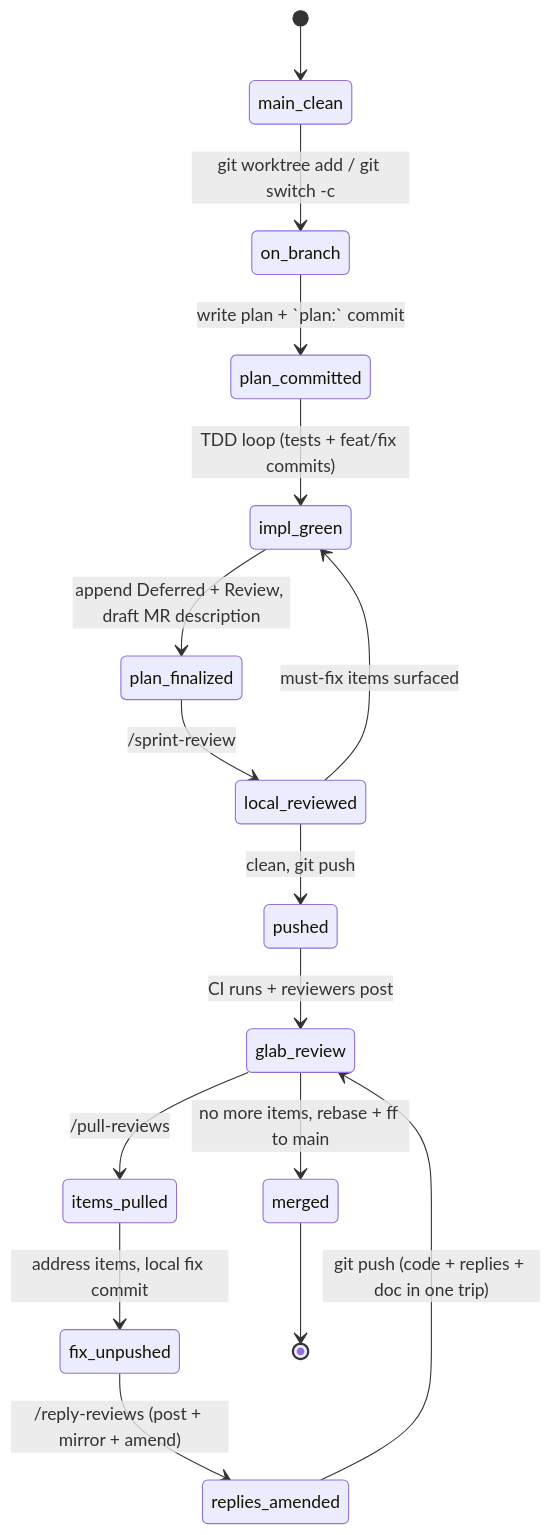
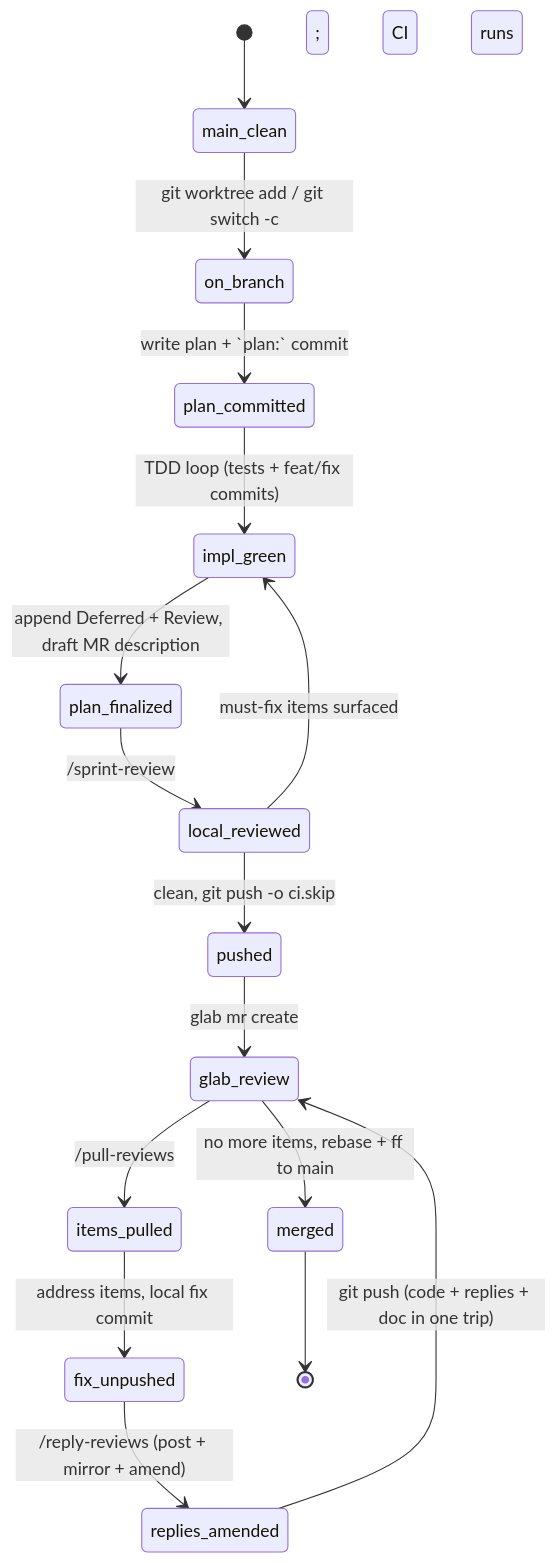
One commit to cmk/connections changed the first of 2 diagrams in doc/workflow.md. Above: the diagram before and after it, drawn with Mermaid. The commit also changed other lines of this file and 6 other files, not shown here.

````diff
--- a/doc/workflow.md
+++ b/doc/workflow.md
@@ -18,18 +18,18 @@
 ```mermaid
 stateDiagram-v2
     [*] --> main_clean
     main_clean --> on_branch: git worktree add / git switch -c
     on_branch --> plan_committed: write plan + `plan:` commit
     plan_committed --> impl_green: TDD loop (tests + feat/fix commits)
     impl_green --> plan_finalized: append Deferred + Review, draft MR description
     plan_finalized --> local_reviewed: /sprint-review
     local_reviewed --> impl_green: must-fix items surfaced
-    local_reviewed --> pushed: clean, git push
-    pushed --> glab_review: CI runs + reviewers post
+    local_reviewed --> pushed: clean, git push -o ci.skip
+    pushed --> glab_review: glab mr create; CI runs
     glab_review --> items_pulled: /pull-reviews
     items_pulled --> fix_unpushed: address items, local fix commit
     fix_unpushed --> replies_amended: /reply-reviews (post + mirror + amend)
     replies_amended --> glab_review: git push (code + replies + doc in one trip)
     glab_review --> merged: no more items, rebase + ff to main
     merged --> [*]
 ```
````
